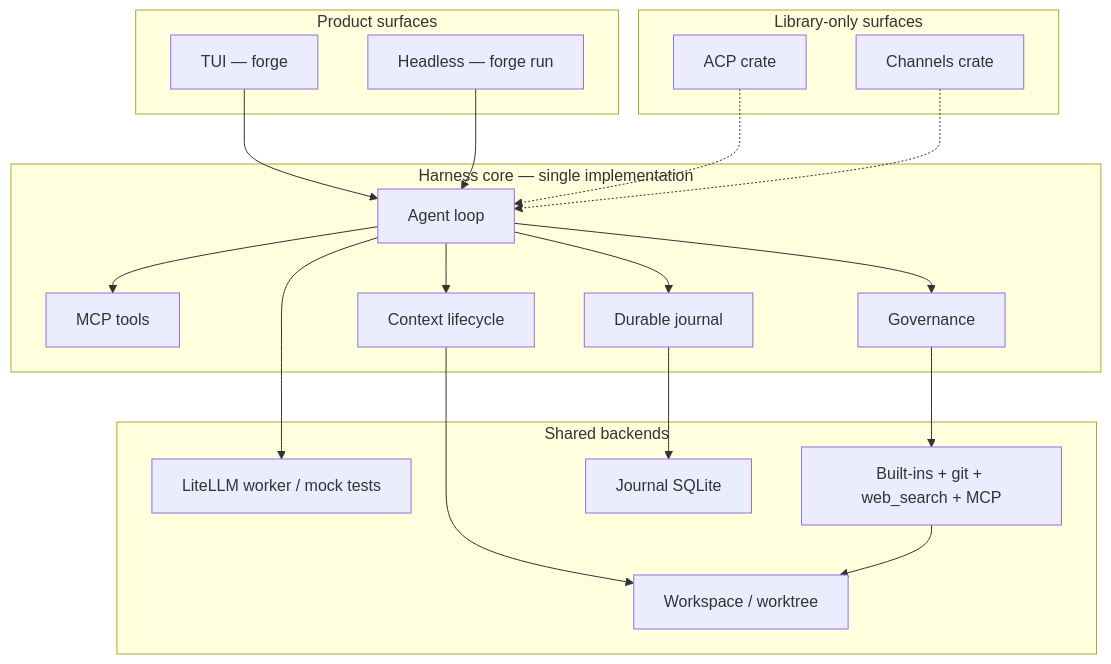
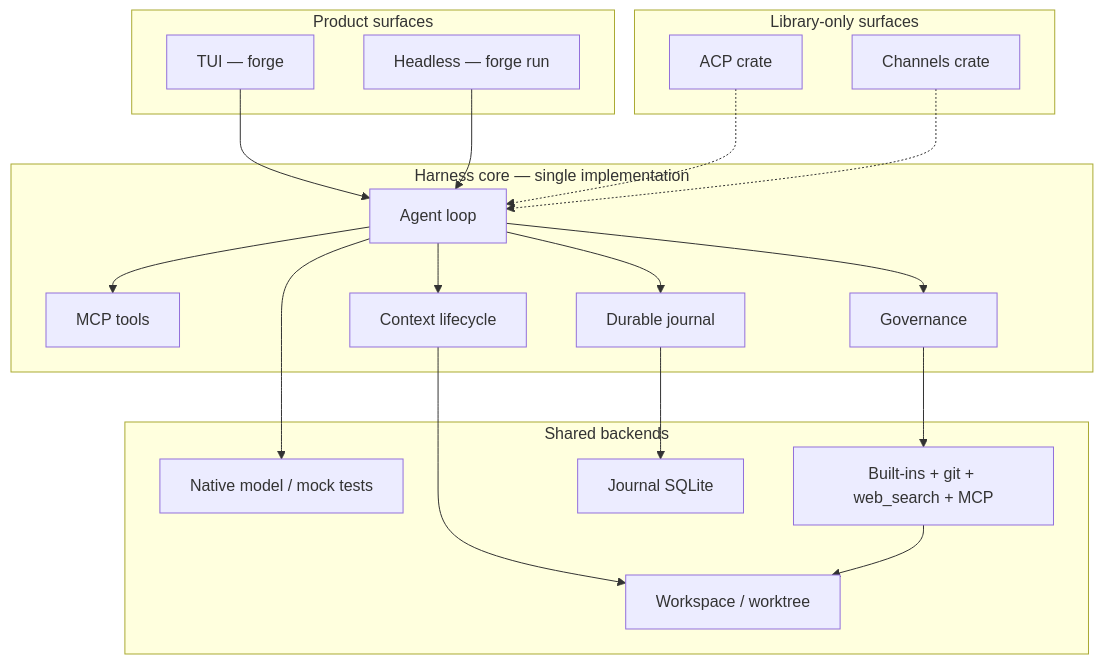
One commit to NorviaLabs/forge changed diagram 14 of 16 in docs/architecture.md. Above: the diagram before and after it, drawn with Mermaid. The commit also changed other lines of this file and 55 other files, not shown here.

Commit message:
Replace LiteLLM worker with native Rust provider transports

````diff
--- a/docs/architecture.md
+++ b/docs/architecture.md
@@ -651,42 +651,42 @@
 ```mermaid
 flowchart TB
   subgraph product["Product surfaces"]
     TUI["TUI — forge"]
     HD["Headless — forge run"]
   end
 
   subgraph library["Library-only surfaces"]
     ACP[ACP crate]
     CH[Channels crate]
   end
 
   subgraph harness["Harness core — single implementation"]
     LOOP[Agent loop]
     MCP[MCP tools]
     CTX[Context lifecycle]
     DUR[Durable journal]
     GOV[Governance]
   end
 
   subgraph shared["Shared backends"]
-    M[LiteLLM worker / mock tests]
+    M[Native model / mock tests]
     TOOLS[Built-ins + git + web_search + MCP]
     J[Journal SQLite]
     WS[Workspace / worktree]
   end
 
   TUI --> LOOP
   HD --> LOOP
   ACP -.-> LOOP
   CH -.-> LOOP
 
   LOOP --> CTX
   LOOP --> DUR
   LOOP --> GOV
   LOOP --> M
   LOOP --> MCP
   GOV --> TOOLS
   DUR --> J
   CTX --> WS
   TOOLS --> WS
 ```
````
